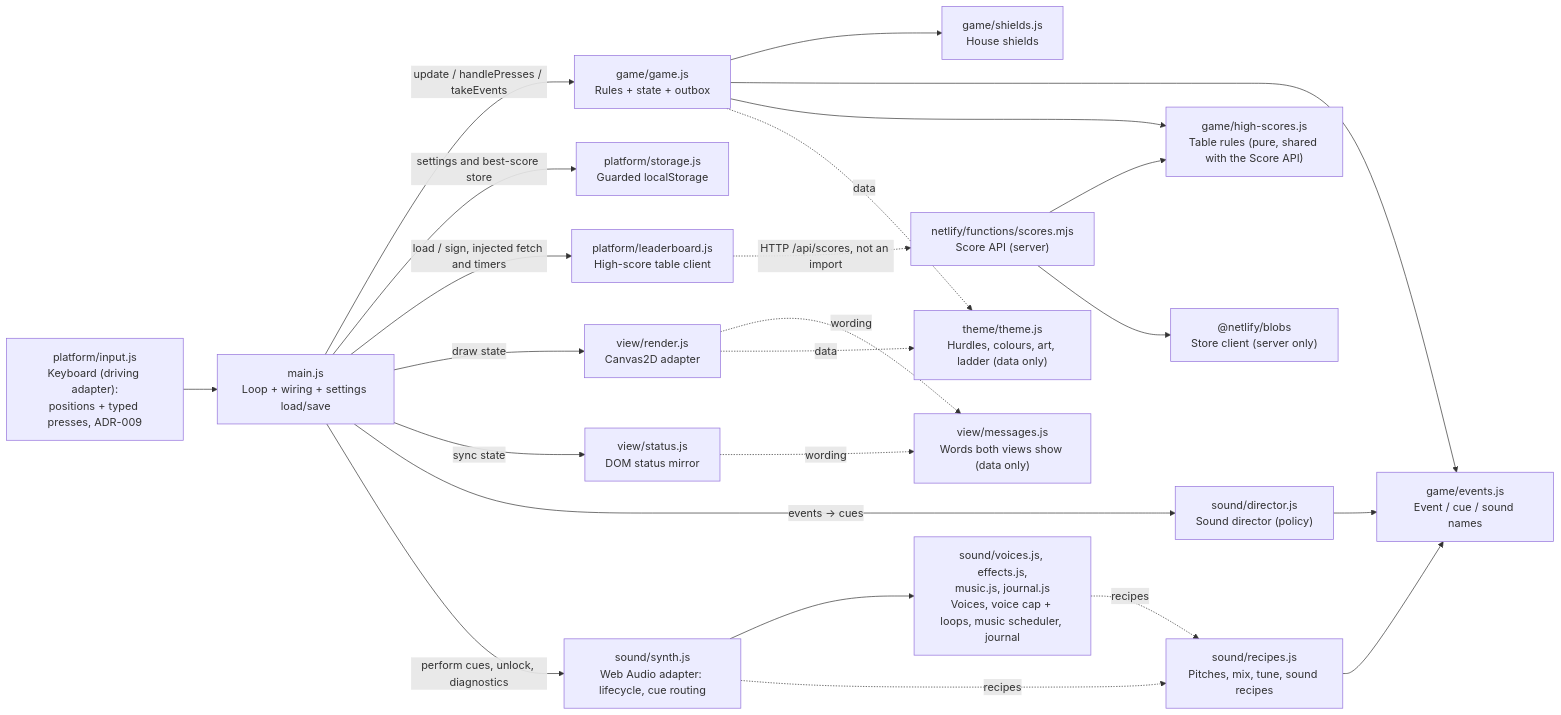
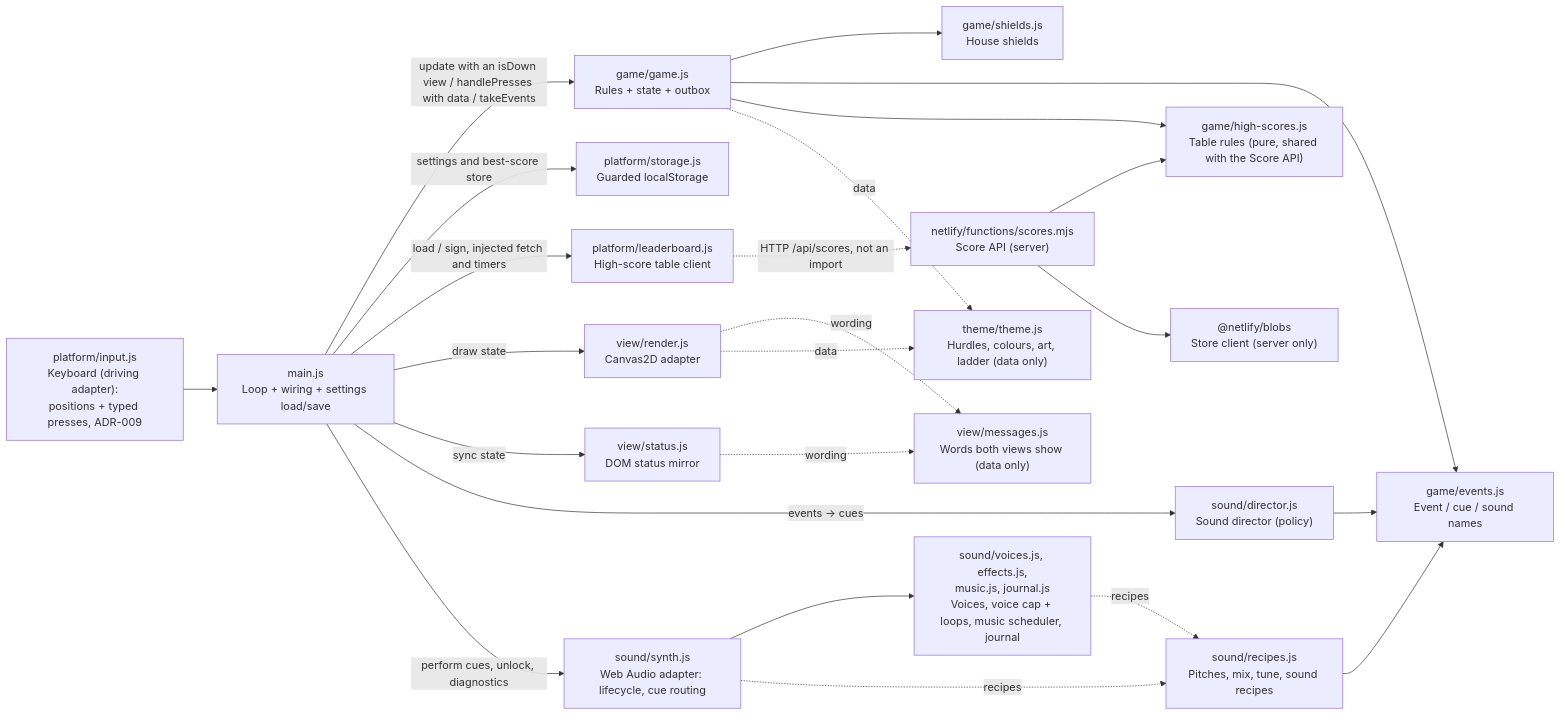
The third of 3 diagrams in docs/product/architecture/brief.md (lagom1985/rightmove-space-invaders), drawn with Mermaid before and after one commit. The commit also changed other lines of this file and 27 other files, not shown here.

````diff
--- a/docs/product/architecture/brief.md
+++ b/docs/product/architecture/brief.md
@@ -80,26 +80,26 @@
 ```mermaid
 flowchart LR
   kb["platform/input.js<br/>Keyboard (driving adapter):<br/>positions + typed presses, ADR-009"] --> main
-  main["main.js<br/>Loop + wiring + settings load/save"] -->|update / handlePresses / takeEvents| game["game/game.js<br/>Rules + state + outbox"]
+  main["main.js<br/>Loop + wiring + settings load/save"] -->|"update with an isDown view / handlePresses with data / takeEvents"| game["game/game.js<br/>Rules + state + outbox"]
   game --> shields["game/shields.js<br/>House shields"]
   game --> events["game/events.js<br/>Event / cue / sound names"]
   game --> rules["game/high-scores.js<br/>Table rules (pure, shared with the Score API)"]
   game -. data .-> theme["theme/theme.js<br/>Hurdles, colours, art, ladder (data only)"]
   main -->|settings and best-score store| storage["platform/storage.js<br/>Guarded localStorage"]
   main -->|load / sign, injected fetch and timers| lb["platform/leaderboard.js<br/>High-score table client"]
   lb -.->|"HTTP /api/scores, not an import"| api["netlify/functions/scores.mjs<br/>Score API (server)"]
   api --> rules
   api --> blobsLib["@netlify/blobs<br/>Store client (server only)"]
   main -->|draw state| render["view/render.js<br/>Canvas2D adapter"]
   main -->|sync state| status["view/status.js<br/>DOM status mirror"]
   render -. wording .-> messages["view/messages.js<br/>Words both views show (data only)"]
   status -. wording .-> messages
   main -->|events → cues| director["sound/director.js<br/>Sound director (policy)"]
   director --> events
   main -->|perform cues, unlock, diagnostics| synth["sound/synth.js<br/>Web Audio adapter: lifecycle, cue routing"]
   synth --> synthParts["sound/voices.js, effects.js,<br/>music.js, journal.js<br/>Voices, voice cap + loops, music scheduler, journal"]
   synth -. recipes .-> recipes["sound/recipes.js<br/>Pitches, mix, tune, sound recipes"]
   synthParts -. recipes .-> recipes
   recipes --> events
   render -. data .-> theme
 ```
````
